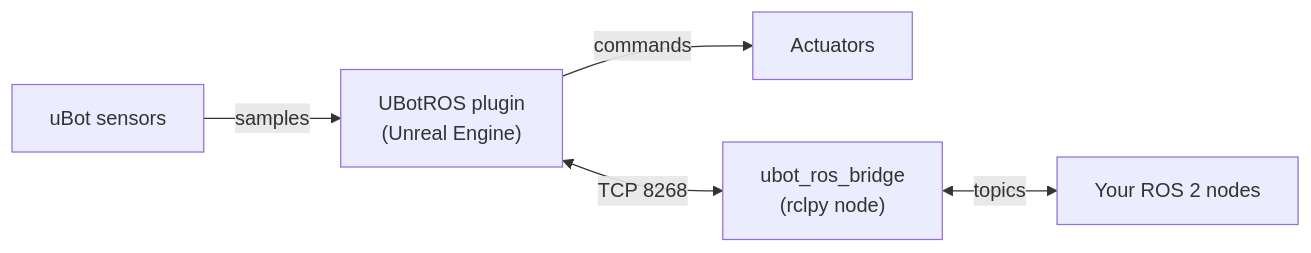
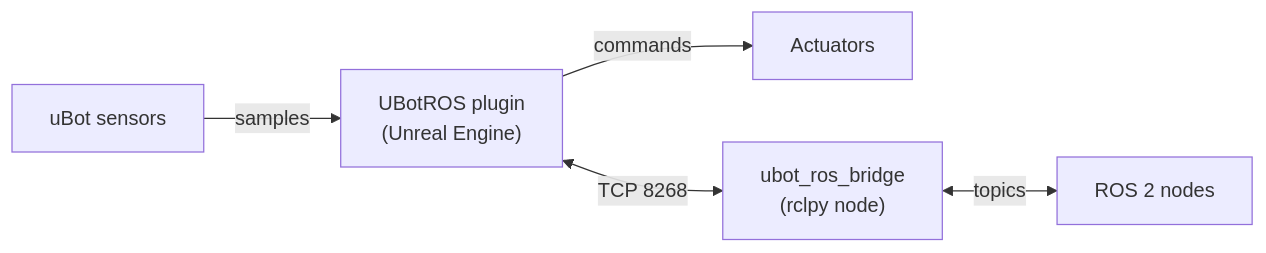
Before and after one commit to AstreoX/uBotROS: the diagram in README.md, drawn with Mermaid. The commit also changed other lines of this file and 1 other file, not shown here.

````diff
--- a/README.md
+++ b/README.md
@@ -34,7 +34,7 @@
 ```mermaid
 flowchart LR
     S["uBot sensors"] -->|samples| P["UBotROS plugin<br/>(Unreal Engine)"]
     P -->|commands| A["Actuators"]
     P <-->|"TCP 8268"| B["ubot_ros_bridge<br/>(rclpy node)"]
-    B <-->|topics| R["Your ROS 2 nodes"]
+    B <-->|topics| R["ROS 2 nodes"]
 ```
````
